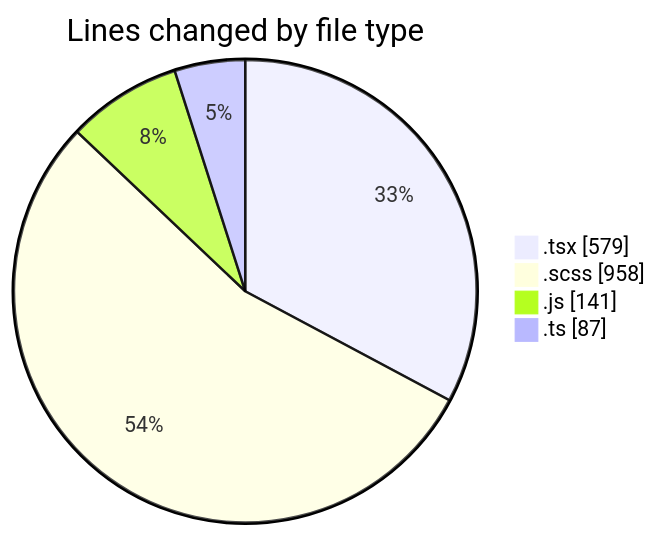
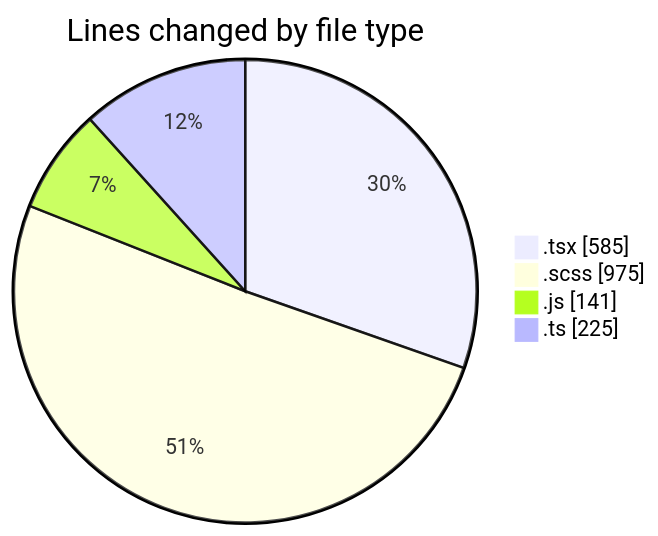
Before and after one commit to momahboobian/code-tracking: the first of 2 diagrams in 2026-03-25/cda/README.md, drawn with Mermaid. The commit also changed other lines of this file and 1 other file, not shown here.

````diff
--- a/2026-03-25/cda/README.md
+++ b/2026-03-25/cda/README.md
@@ -23,8 +23,8 @@
 ```mermaid
 pie showData
 title Lines changed by file type
-".tsx" : 579
-".scss" : 958
+".tsx" : 585
+".scss" : 975
 ".js" : 141
-".ts" : 87
+".ts" : 225
 ```
````
